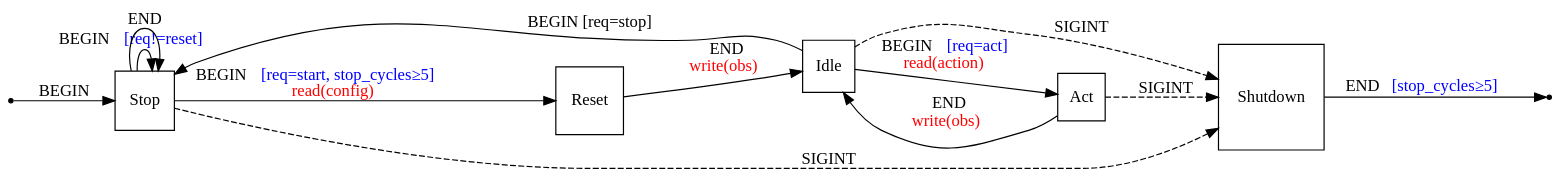
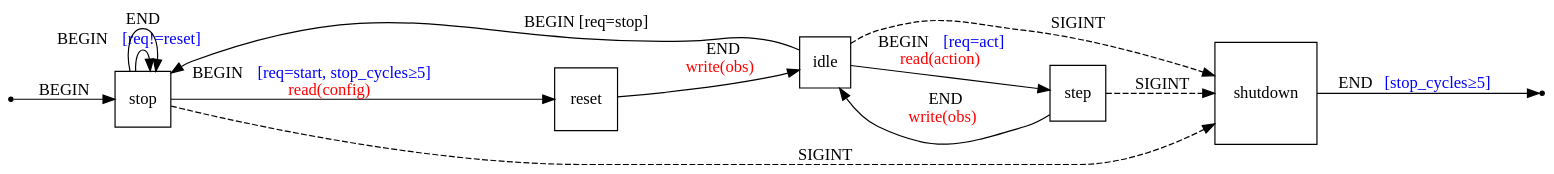
Before and after one commit to upkie/upkie: the diagram in docs/figures/state-machine.dot, drawn with Graphviz. The commit also changed 5 other files, not shown here.

Commit message:
WIP: Rename spine FSM state from "act" to "step"

```diff
--- a/docs/figures/state-machine.dot
+++ b/docs/figures/state-machine.dot
@@ -1,30 +1,30 @@
 // SPDX-License-Identifier: Apache-2.0
 // Copyright 2022 Stéphane Caron
 // Copyright 2024 Inria
 
 digraph spine_state_machine {
     bgcolor="transparent"
     rankdir="LR";
 
     node [shape=point, label=""] initial, terminal;
     node [shape=square];
 
-    kSendStops[label="Stop"];
-    kReset[label="Reset"];
-    kIdle[label="Idle"];
-    kAct[label="Act"];
-    kShutdown[label="Shutdown"];
+    kSendStops[label="stop"];
+    kReset[label="reset"];
+    kIdle[label="idle"];
+    kStep[label="step"];
+    kShutdown[label="shutdown"];
 
     initial->kSendStops[label="BEGIN"];
     kSendStops->kReset[label=<BEGIN <font color="blue">[req=start, stop_cycles≥5]</font><br/><font color="red">read(config)</font>>];
     kSendStops->kSendStops[label=<BEGIN <font color="blue">[req!=reset]</font>>];
     kSendStops->kSendStops[label="END"];
     kSendStops->kShutdown[label="SIGINT", style=dashed];
     kReset->kIdle[label=<END <br/><font color="red">write(obs)</font>>];
-    kIdle->kAct[label=<BEGIN <font color="blue">[req=act]</font><br/><font color="red">read(action)</font>>];
+    kIdle->kStep[label=<BEGIN <font color="blue">[req=act]</font><br/><font color="red">read(action)</font>>];
     kIdle->kSendStops[label="BEGIN [req=stop]"];
     kIdle->kShutdown[label="SIGINT", style=dashed];
-    kAct->kIdle[label=<END <br/><font color="red">write(obs)</font>>];
-    kAct->kShutdown[label="SIGINT", style=dashed];
+    kStep->kIdle[label=<END <br/><font color="red">write(obs)</font>>];
+    kStep->kShutdown[label="SIGINT", style=dashed];
     kShutdown->terminal[label=<END <font color="blue">[stop_cycles≥5]</font>>];
 }
```
